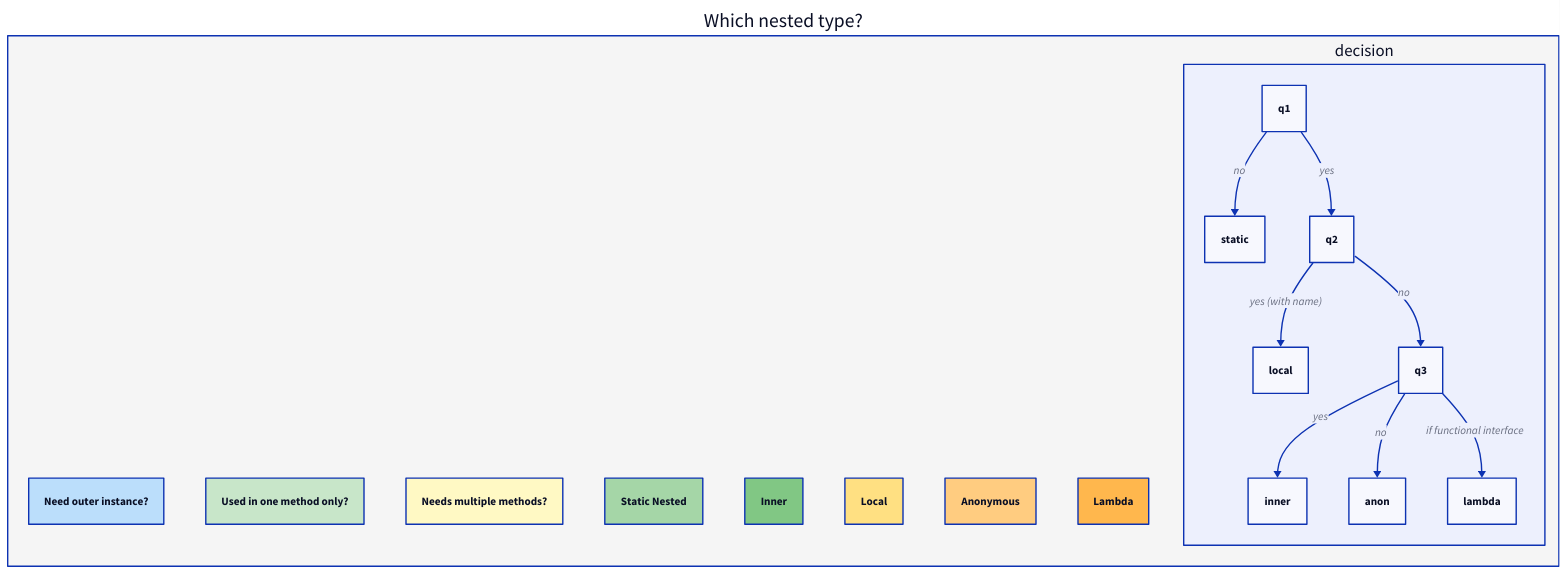
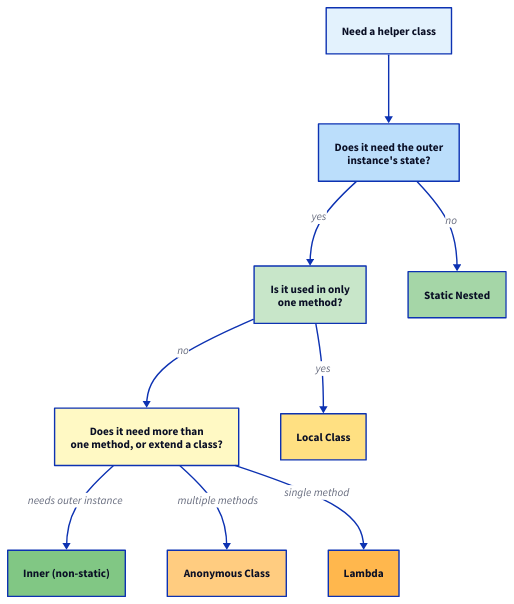
The fourth of 4 diagrams in docs/java/fundamentals/nested-classes.md (cyberstoneac/dsa_docs), drawn with D2 before and after one commit. The commit also changed other lines of this file and 15 other files, not shown here.

````diff
--- a/docs/java/fundamentals/nested-classes.md
+++ b/docs/java/fundamentals/nested-classes.md
@@ -351,41 +361,48 @@
 ```d2
 direction: down
 
-decision: "Which nested type?" {
-  style.fill: "#f5f5f5"
+start: "Need a helper class" {
+  style.fill: "#e3f2fd"
+}
 
-  q1: "Need outer instance?" {
-    style.fill: "#bbdefb"
-  }
-  q2: "Used in one method only?" {
-    style.fill: "#c8e6c9"
-  }
-  q3: "Needs multiple methods?" {
-    style.fill: "#fff9c4"
-  }
+needsOuter: "Does it need the outer\ninstance's state?" {
+  style.fill: "#bbdefb"
+}
 
-  static: "Static Nested" {
-    style.fill: "#a5d6a7"
-  }
-  inner: "Inner" {
-    style.fill: "#81c784"
-  }
-  local: "Local" {
-    style.fill: "#ffe082"
-  }
-  anon: "Anonymous" {
-    style.fill: "#ffcc80"
-  }
-  lambda: "Lambda" {
-    style.fill: "#ffb74d"
-  }
+oneMethod: "Is it used in only\none method?" {
+  style.fill: "#c8e6c9"
+}
 
-  decision.q1 -> decision.static: "no"
-  decision.q1 -> decision.q2: "yes"
-  decision.q2 -> decision.local: "yes (with name)"
-  decision.q2 -> decision.q3: "no"
-  decision.q3 -> decision.inner: "yes"
-  decision.q3 -> decision.anon: "no"
-  decision.q3 -> decision.lambda: "if functional interface"
+multiMethod: "Does it need more than\none method, or extend a class?" {
+  style.fill: "#fff9c4"
 }
+
+staticNested: "Static Nested" {
+  style.fill: "#a5d6a7"
+}
+
+innerClass: "Inner (non-static)" {
+  style.fill: "#81c784"
+}
+
+localClass: "Local Class" {
+  style.fill: "#ffe082"
+}
+
+anonymousClass: "Anonymous Class" {
+  style.fill: "#ffcc80"
+}
+
+lambdaExpression: "Lambda" {
+  style.fill: "#ffb74d"
+}
+
+start -> needsOuter
+needsOuter -> staticNested: "no"
+needsOuter -> oneMethod: "yes"
+oneMethod -> localClass: "yes"
+oneMethod -> multiMethod: "no"
+multiMethod -> innerClass: "needs outer instance"
+multiMethod -> anonymousClass: "multiple methods"
+multiMethod -> lambdaExpression: "single method"
 ```
````
